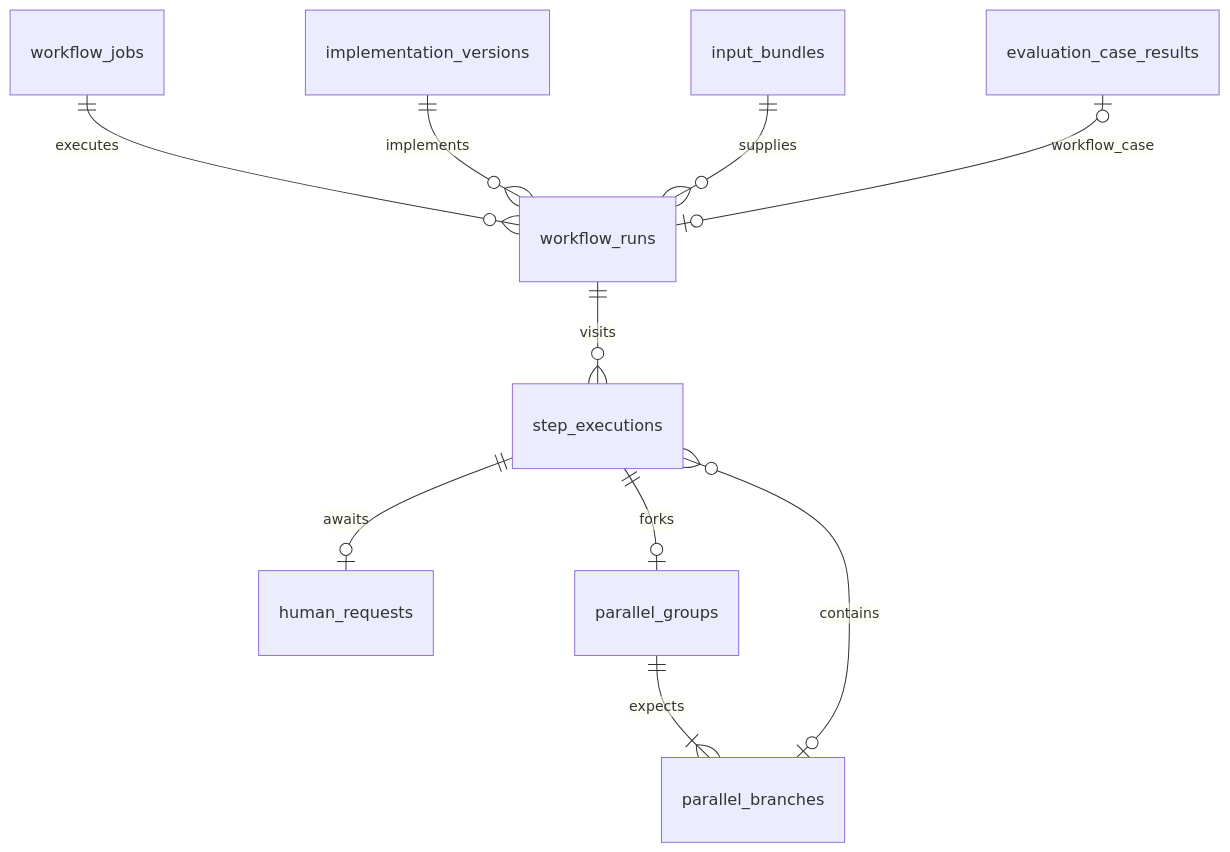
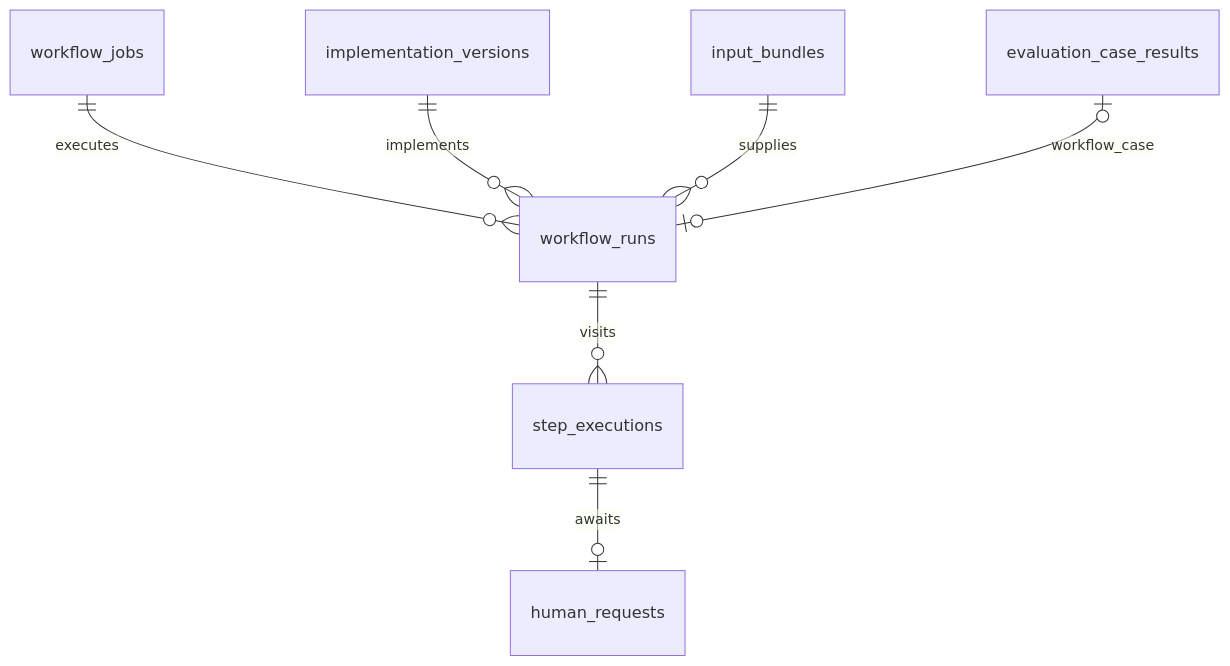
Before and after one commit to boovines/meridian-take-home: the fourth of 4 diagrams in docs/architecture.md, drawn with Mermaid. The commit also changed other lines of this file and 34 other files, not shown here.

````diff
--- a/docs/architecture.md
+++ b/docs/architecture.md
@@ -90,12 +90,9 @@
 ```mermaid
 erDiagram
     workflow_jobs ||--o{ workflow_runs : executes
     implementation_versions ||--o{ workflow_runs : implements
     input_bundles ||--o{ workflow_runs : supplies
     evaluation_case_results o|--o| workflow_runs : workflow_case
     workflow_runs ||--o{ step_executions : visits
     step_executions ||--o| human_requests : awaits
-    step_executions ||--o| parallel_groups : forks
-    parallel_groups ||--|{ parallel_branches : expects
-    parallel_branches o|--o{ step_executions : contains
 ```
````
